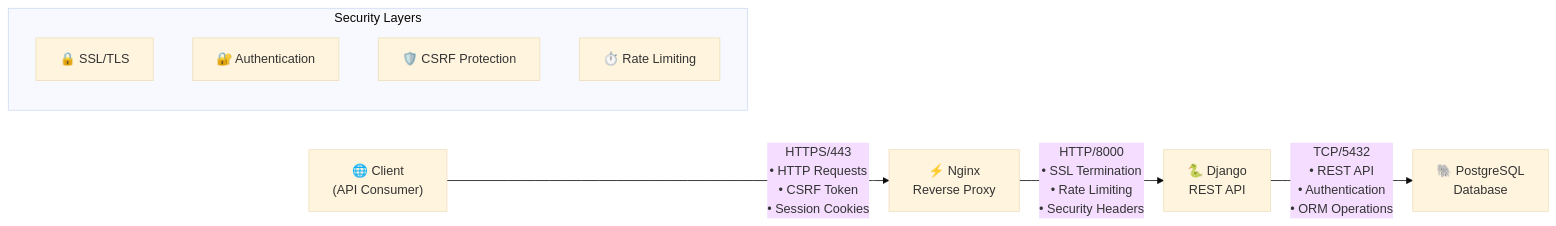
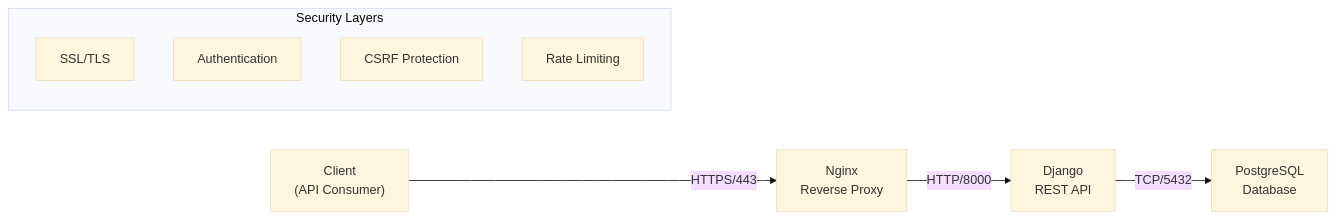
Before and after one commit to iam4sec/devops_todo_app: the first of 6 diagrams in ARCHITECTURE.md, drawn with Mermaid (base theme). The commit also changed other lines of this file, not shown here.

Commit message:
Refactor architecture documentation for clarity; simplify component labels and enhance security layer descriptions.

````diff
--- a/ARCHITECTURE.md
+++ b/ARCHITECTURE.md
@@ -5,18 +5,18 @@
 ```mermaid
 graph LR
-    Client["🌐 Client<br/>(API Consumer)"] 
-    Nginx["⚡ Nginx<br/>Reverse Proxy"]
-    Django["🐍 Django<br/>REST API"]
-    PostgreSQL["🐘 PostgreSQL<br/>Database"]
+    Client["Client<br/>(API Consumer)"] 
+    Nginx["Nginx<br/>Reverse Proxy"]
+    Django["Django<br/>REST API"]
+    PostgreSQL["PostgreSQL<br/>Database"]
     
-    Client -->|"HTTPS/443<br/>• HTTP Requests<br/>• CSRF Token<br/>• Session Cookies"| Nginx
-    Nginx -->|"HTTP/8000<br/>• SSL Termination<br/>• Rate Limiting<br/>• Security Headers"| Django
-    Django -->|"TCP/5432<br/>• REST API<br/>• Authentication<br/>• ORM Operations"| PostgreSQL
+    Client -->|"HTTPS/443"| Nginx
+    Nginx -->|"HTTP/8000"| Django
+    Django -->|"TCP/5432"| PostgreSQL
     
-    subgraph "Security Layers"
-        SSL["🔒 SSL/TLS"]
-        Auth["🔐 Authentication"]
-        CSRF["🛡️ CSRF Protection"]
-        Rate["⏱️ Rate Limiting"]
+    subgraph Security["Security Layers"]
+        SSL["SSL/TLS"]
+        Auth["Authentication"]
+        CSRF["CSRF Protection"]
+        Rate["Rate Limiting"]
     end
 ```
````
